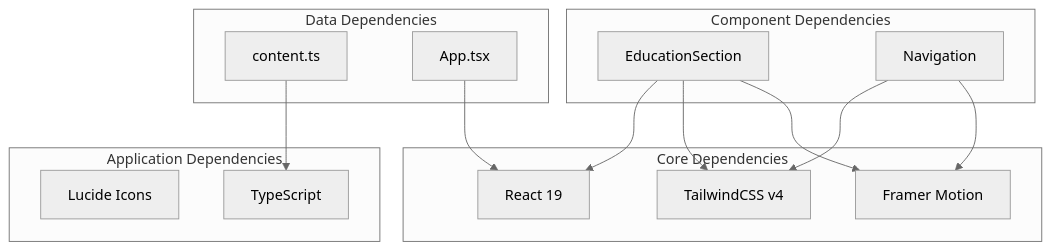
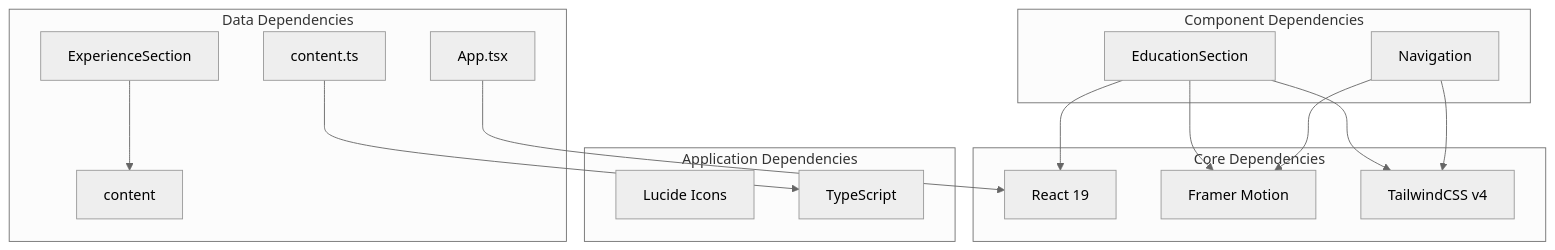
The eighth of 9 diagrams in .qoder/repowiki/en/content/Component Library & UI Elements/EducationSection Component.md (subash7781/Portfolio), drawn with Mermaid (neutral theme) before and after one commit. The commit also changed other lines of this file and 5 other files, not shown here.

````diff
--- a/.qoder/repowiki/en/content/Component Library & UI Elements/EducationSection Component.md
+++ b/.qoder/repowiki/en/content/Component Library & UI Elements/EducationSection Component.md
@@ -256,23 +353,24 @@
 ```mermaid
 graph TB
 subgraph "Core Dependencies"
 React[React 19]
 Motion[Framer Motion]
 Tailwind[TailwindCSS v4]
 end
 subgraph "Application Dependencies"
 LucideIcons[Lucide Icons]
 TypeScript[TypeScript]
 end
 subgraph "Component Dependencies"
 EducationSection --> Motion
 EducationSection --> Tailwind
 EducationSection --> React
 Navigation --> Motion
 Navigation --> Tailwind
 end
 subgraph "Data Dependencies"
 content.ts --> TypeScript
 App.tsx --> React
+ExperienceSection --> content
 end
 ```
````
